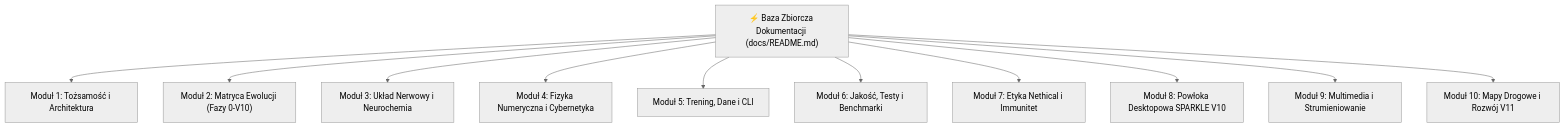
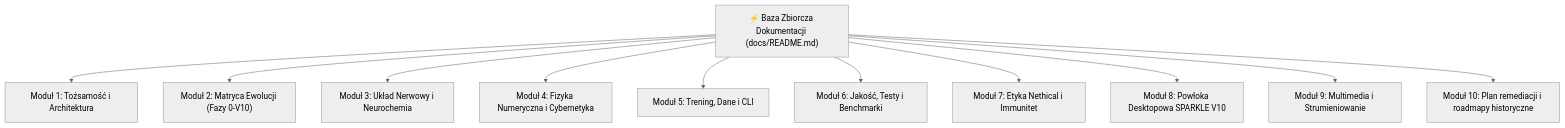
Before and after one commit to V1B3hR/Blyskawica: the diagram in docs/README.md, drawn with Mermaid (neutral theme). The commit also changed other lines of this file and 13 other files, not shown here.

````diff
--- a/docs/README.md
+++ b/docs/README.md
@@ -14,15 +14,15 @@
 ```mermaid
 graph TD
     HUB["⚡ Baza Zbiorcza Dokumentacji (docs/README.md)"]
 
     HUB --> M1["Moduł 1: Tożsamość i Architektura"]
     HUB --> M2["Moduł 2: Matryca Ewolucji (Fazy 0-V10)"]
     HUB --> M3["Moduł 3: Układ Nerwowy i Neurochemia"]
     HUB --> M4["Moduł 4: Fizyka Numeryczna i Cybernetyka"]
     HUB --> M5["Moduł 5: Trening, Dane i CLI"]
     HUB --> M6["Moduł 6: Jakość, Testy i Benchmarki"]
     HUB --> M7["Moduł 7: Etyka Nethical i Immunitet"]
     HUB --> M8["Moduł 8: Powłoka Desktopowa SPARKLE V10"]
     HUB --> M9["Moduł 9: Multimedia i Strumieniowanie"]
-    HUB --> M10["Moduł 10: Mapy Drogowe i Rozwój V11"]
+    HUB --> M10["Moduł 10: Plan remediacji i roadmapy historyczne"]
 ```
````
